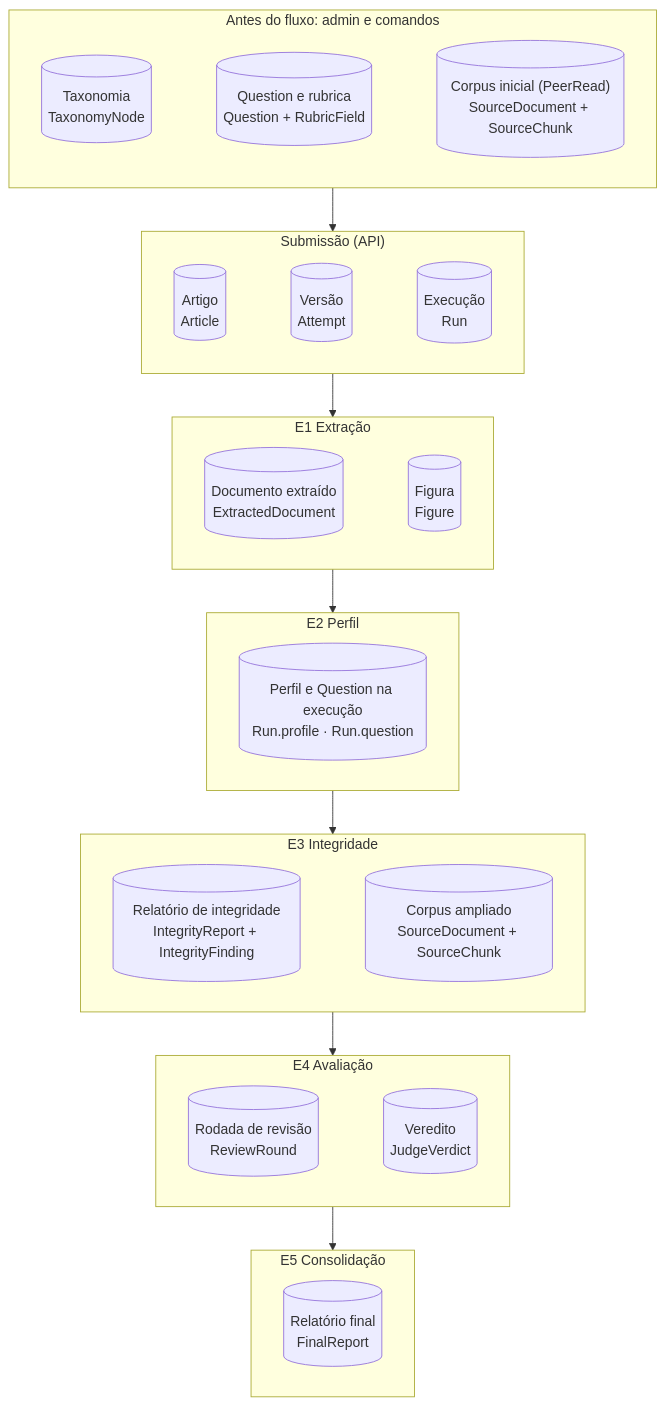
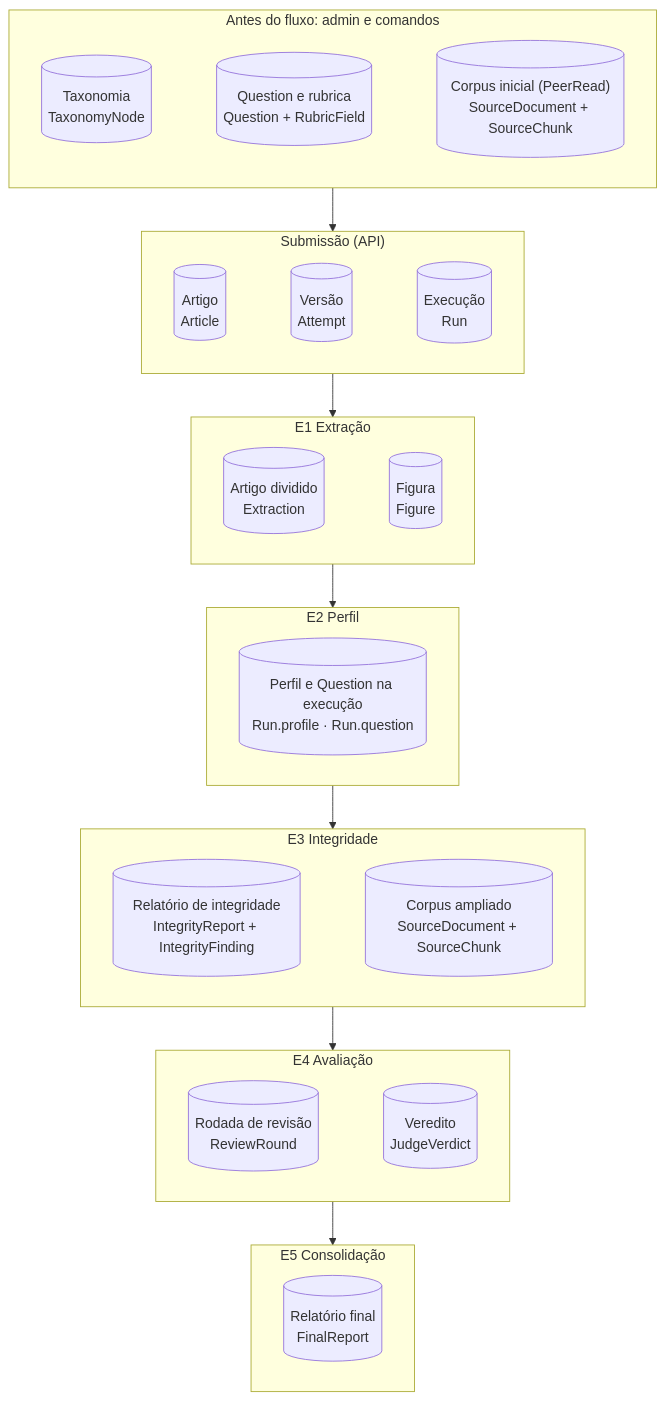
Before and after one commit to iarinhasz/metis_system: the third of 10 diagrams in docs/flow_graph.md, drawn with Mermaid. The commit also changed other lines of this file and 76 other files, not shown here.

````diff
--- a/docs/flow_graph.md
+++ b/docs/flow_graph.md
@@ -147,44 +147,44 @@
 ```mermaid
 flowchart TB
     subgraph PRE["Antes do fluxo: admin e comandos"]
         direction LR
         TAX[("Taxonomia<br/>TaxonomyNode")]
         QST[("Question e rubrica<br/>Question + RubricField")]
         SEED[("Corpus inicial (PeerRead)<br/>SourceDocument + SourceChunk")]
         TAX ~~~ QST ~~~ SEED
     end
     subgraph SUB["Submissão (API)"]
         direction LR
         ART[("Artigo<br/>Article")]
         ATT[("Versão<br/>Attempt")]
         RUN[("Execução<br/>Run")]
         ART ~~~ ATT ~~~ RUN
     end
     subgraph E1["E1 Extração"]
         direction LR
-        ED[("Documento extraído<br/>ExtractedDocument")]
+        ED[("Artigo dividido<br/>Extraction")]
         FIG[("Figura<br/>Figure")]
         ED ~~~ FIG
     end
     subgraph E2["E2 Perfil"]
         direction LR
         PRF[("Perfil e Question na execução<br/>Run.profile · Run.question")]
     end
     subgraph E3["E3 Integridade"]
         direction LR
         IR[("Relatório de integridade<br/>IntegrityReport + IntegrityFinding")]
         SRC[("Corpus ampliado<br/>SourceDocument + SourceChunk")]
         IR ~~~ SRC
     end
     subgraph E4["E4 Avaliação"]
         direction LR
         RR[("Rodada de revisão<br/>ReviewRound")]
         JV[("Veredito<br/>JudgeVerdict")]
         RR ~~~ JV
     end
     subgraph E5["E5 Consolidação"]
         direction LR
         FR[("Relatório final<br/>FinalReport")]
     end
     PRE --> SUB --> E1 --> E2 --> E3 --> E4 --> E5
 ```
````
